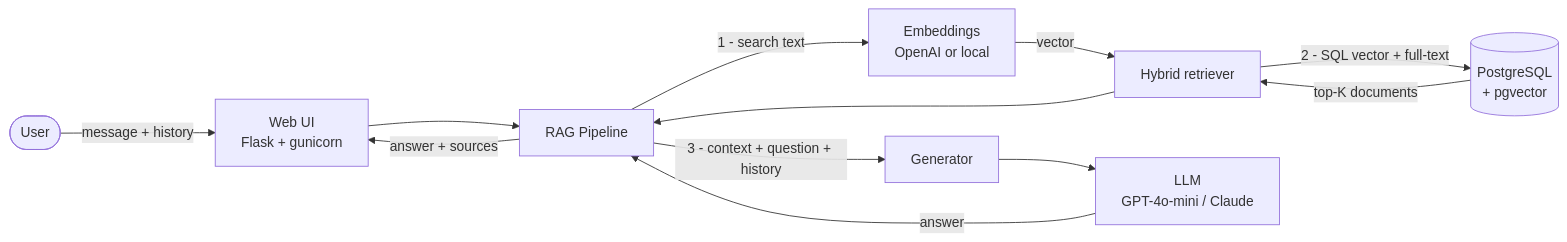
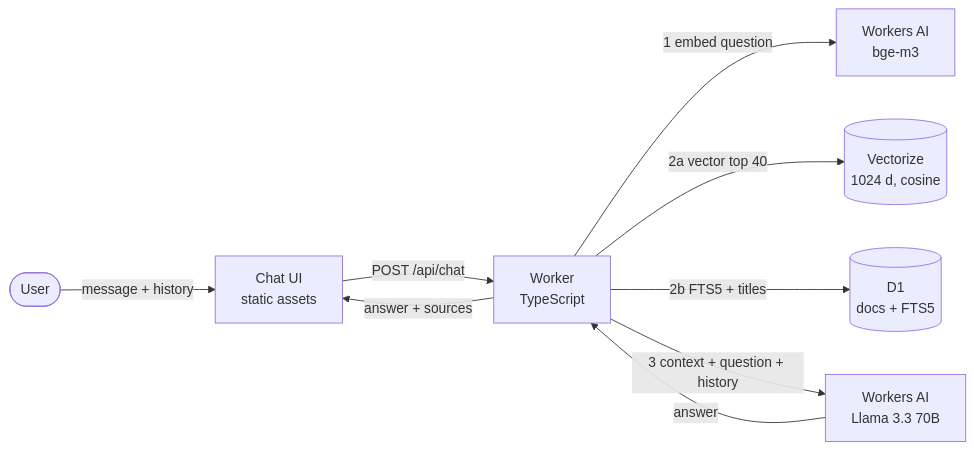
Before and after one commit to manu-gt-hub/rag_system: the first of 5 diagrams in doc/architecture.md, drawn with Mermaid. The commit also changed other lines of this file and 53 other files, not shown here.

````diff
--- a/doc/architecture.md
+++ b/doc/architecture.md
@@ -17,14 +15,11 @@
 ```mermaid
 flowchart LR
-    U([User]) -->|message + history| UI[Web UI<br/>Flask + gunicorn]
-    UI --> P[RAG Pipeline]
-    P -->|1 - search text| E[Embeddings<br/>OpenAI or local]
-    E -->|vector| R[Hybrid retriever]
-    R -->|2 - SQL vector + full-text| DB[(PostgreSQL<br/>+ pgvector)]
-    DB -->|top-K documents| R
-    R --> P
-    P -->|3 - context + question + history| G[Generator]
-    G --> LLM[LLM<br/>GPT-4o-mini / Claude]
-    LLM -->|answer| P
-    P -->|answer + sources| UI
+    U([User]) -->|message + history| UI[Chat UI<br/>static assets]
+    UI -->|POST /api/chat| W[Worker<br/>TypeScript]
+    W -->|1 embed question| E[Workers AI<br/>bge-m3]
+    W -->|2a vector top 40| V[(Vectorize<br/>1024 d, cosine)]
+    W -->|2b FTS5 + titles| D[(D1<br/>docs + FTS5)]
+    W -->|3 context + question + history| L[Workers AI<br/>Llama 3.3 70B]
+    L -->|answer| W
+    W -->|answer + sources| UI
 ```
````
